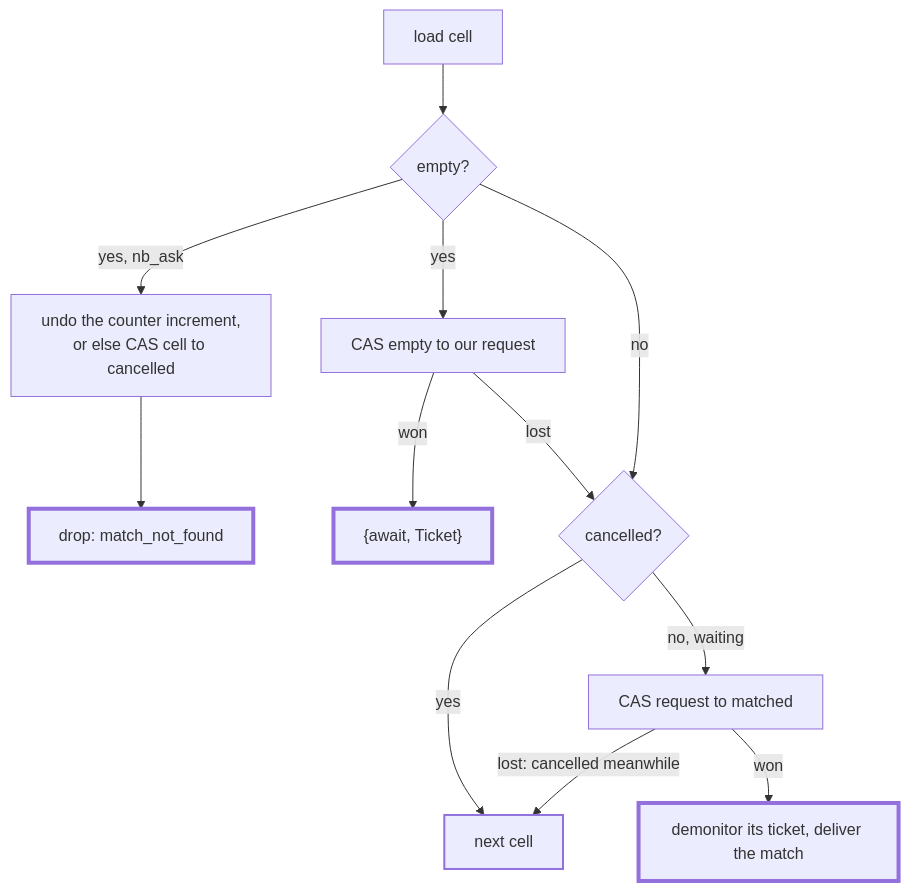
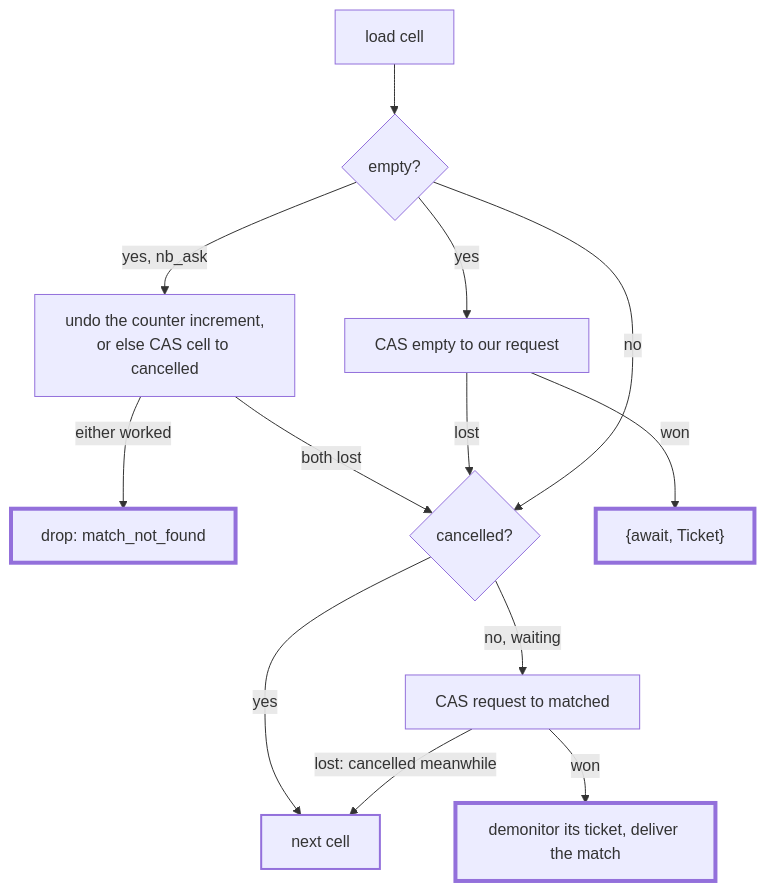
One commit to g-andrade/cbroker changed the second of 3 diagrams in INTERNALS.md. Above: the diagram before and after it, drawn with Mermaid.

Commit message:
Cell flowchart: add missing transition

````diff
--- a/INTERNALS.md
+++ b/INTERNALS.md
@@ -131,19 +131,21 @@
 ```mermaid
 flowchart TD
     A[load cell] --> E{empty?}
-    E -- yes, nb_ask --> NB[undo the counter increment,<br/>or else CAS cell to cancelled] --> U[drop: match_not_found]
+    E -- yes, nb_ask --> NB[undo the counter increment,<br/>or else CAS cell to cancelled]
+    NB -- either worked --> U[drop: match_not_found]
+    NB -- both lost --> X
     E -- yes --> Q[CAS empty to our request]
     Q -- won --> W["{await, Ticket}"]
     Q -- lost --> X
     E -- no --> X{cancelled?}
     X -- yes --> N[next cell]
     X -- no, waiting --> M[CAS request to matched]
     M -- won --> D[demonitor its ticket, deliver the match]
     M -- lost: cancelled meanwhile --> N
 
     classDef final stroke-width:4px
     classDef retry stroke-width:2px
 
     class U,W,D final
     class N retry
 ```
````
